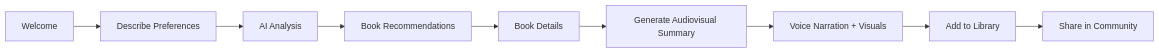
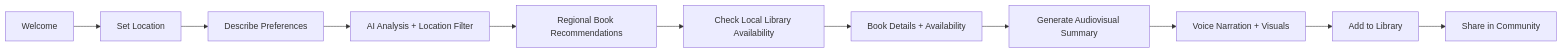
The diagram in README.md (AksharaaSharmaa/Library_Recommendation_System), drawn with Mermaid before and after one commit. The commit also changed other lines of this file, not shown here.

````diff
--- a/README.md
+++ b/README.md
@@ -228,11 +266,13 @@
 ```mermaid
 graph LR
-    A[Welcome] --> B[Describe Preferences]
-    B --> C[AI Analysis]
-    C --> D[Book Recommendations]
-    D --> E[Book Details]
-    E --> F[Generate Audiovisual Summary]
-    F --> G[Voice Narration + Visuals]
-    G --> H[Add to Library]
-    H --> I[Share in Community]
+    A[Welcome] --> B[Set Location]
+    B --> C[Describe Preferences]
+    C --> D[AI Analysis + Location Filter]
+    D --> E[Regional Book Recommendations]
+    E --> F[Check Local Library Availability]
+    F --> G[Book Details + Availability]
+    G --> H[Generate Audiovisual Summary]
+    H --> I[Voice Narration + Visuals]
+    I --> J[Add to Library]
+    J --> K[Share in Community]
 ```
````
